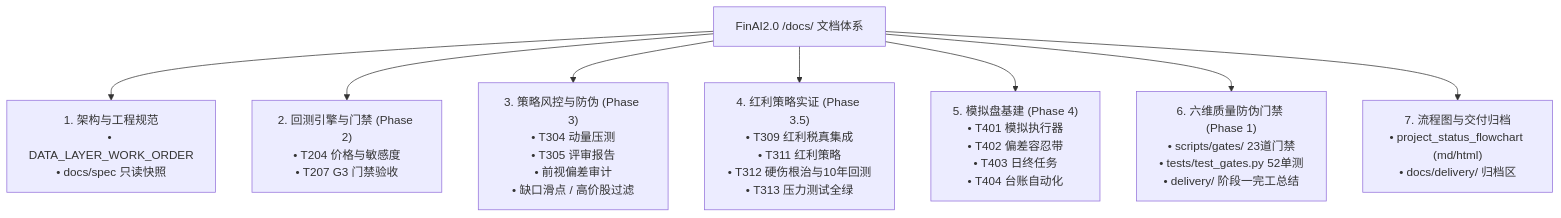
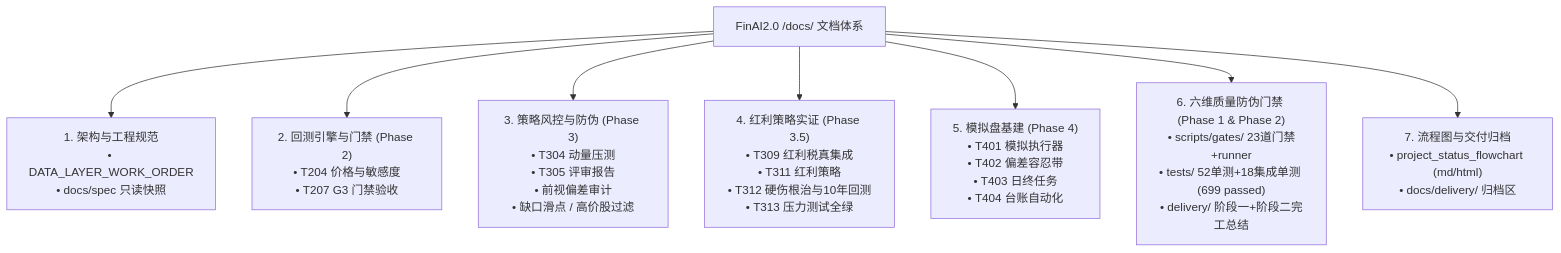
Before and after one commit to YZml1507/FinAI2.0: the diagram in docs/README.md, drawn with Mermaid. The commit also changed other lines of this file and 9 other files, not shown here.

Commit message:
feat(gates): complete phase 2 gate integration into backtest flow with fail-closed defense (699 passed)

````diff
--- a/docs/README.md
+++ b/docs/README.md
@@ -11,12 +11,12 @@
 ```mermaid
 flowchart TD
   DOCS["FinAI2.0 /docs/ 文档体系"]
   
   DOCS --> D1["1. 架构与工程规范<br/>• DATA_LAYER_WORK_ORDER<br/>• docs/spec 只读快照"]
   DOCS --> D2["2. 回测引擎与门禁 (Phase 2)<br/>• T204 价格与敏感度<br/>• T207 G3 门禁验收"]
   DOCS --> D3["3. 策略风控与防伪 (Phase 3)<br/>• T304 动量压测<br/>• T305 评审报告<br/>• 前视偏差审计<br/>• 缺口滑点 / 高价股过滤"]
   DOCS --> D4["4. 红利策略实证 (Phase 3.5)<br/>• T309 红利税真集成<br/>• T311 红利策略<br/>• T312 硬伤根治与10年回测<br/>• T313 压力测试全绿"]
   DOCS --> D5["5. 模拟盘基建 (Phase 4)<br/>• T401 模拟执行器<br/>• T402 偏差容忍带<br/>• T403 日终任务<br/>• T404 台账自动化"]
-  DOCS --> D6["6. 六维质量防伪门禁 (Phase 1)<br/>• scripts/gates/ 23道门禁<br/>• tests/test_gates.py 52单测<br/>• delivery/ 阶段一完工总结"]
+  DOCS --> D6["6. 六维质量防伪门禁 (Phase 1 & Phase 2)<br/>• scripts/gates/ 23道门禁+runner<br/>• tests/ 52单测+18集成单测 (699 passed)<br/>• delivery/ 阶段一+阶段二完工总结"]
   DOCS --> D7["7. 流程图与交付归档<br/>• project_status_flowchart (md/html)<br/>• docs/delivery/ 归档区"]
 ```
````
